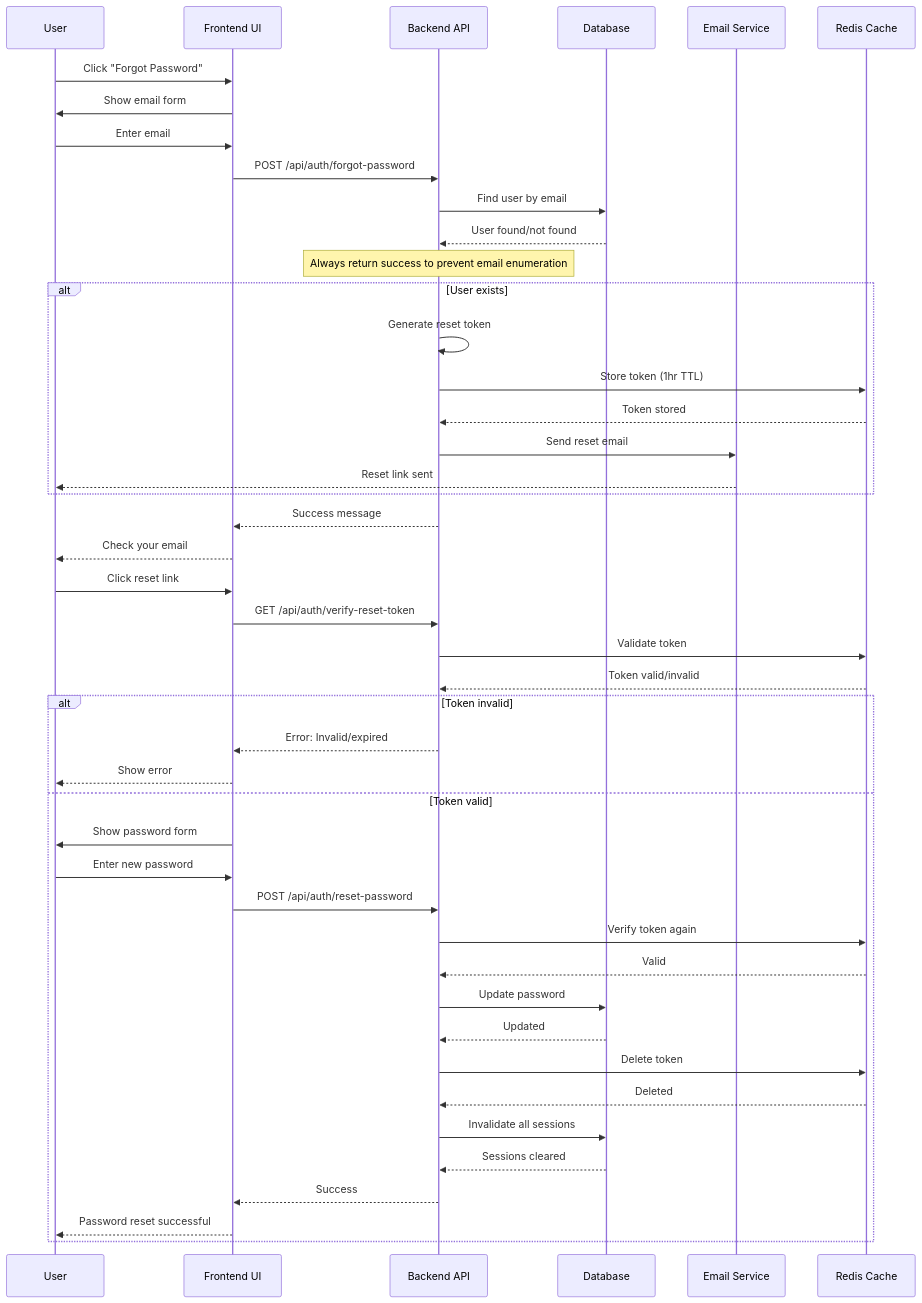
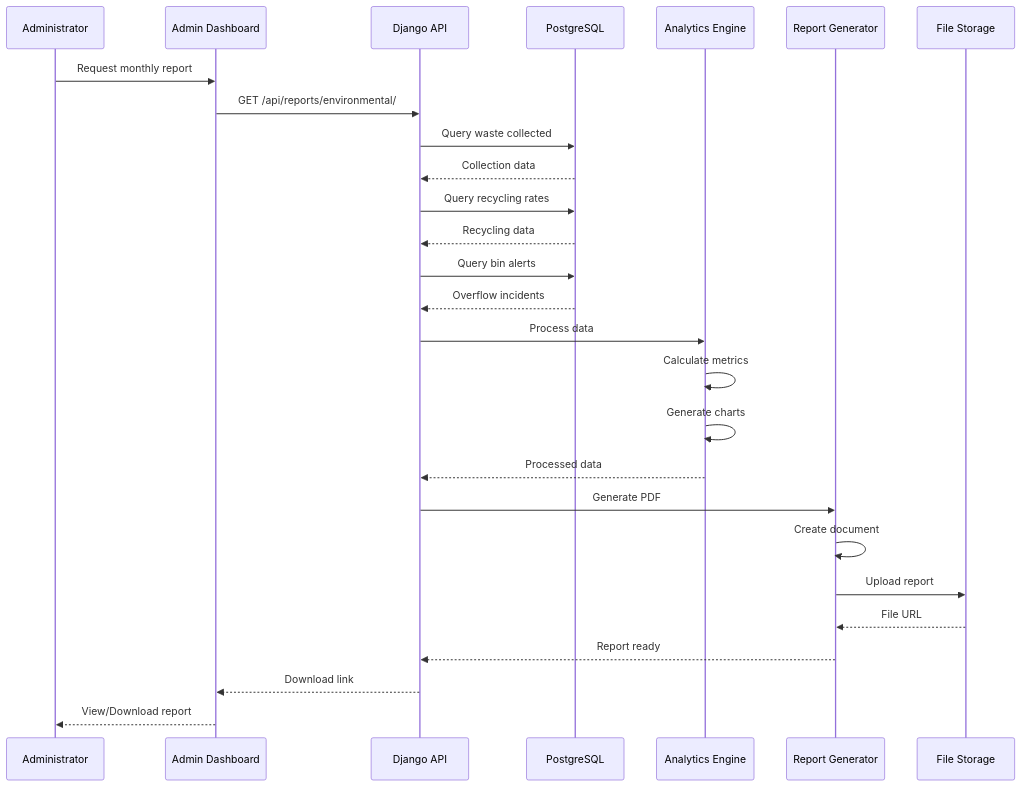
One commit to Ellis-Ayikwei/waste-wise changed the ninth of 10 diagrams in documentation/diagrams/sequence-diagrams.md. Above: the diagram before and after it, drawn with Mermaid. The commit also changed other lines of this file and 5 other files, not shown here.

Commit message:
Update architecture docs for Wasgo smart waste management system

````diff
--- a/documentation/diagrams/sequence-diagrams.md
+++ b/documentation/diagrams/sequence-diagrams.md
@@ -373,53 +327,36 @@
 ```mermaid
 sequenceDiagram
-    participant U as User
-    participant UI as Frontend UI
-    participant API as Backend API
-    participant DB as Database
-    participant Email as Email Service
-    participant Redis as Redis Cache
+    participant Admin as Administrator
+    participant UI as Admin Dashboard
+    participant API as Django API
+    participant DB as PostgreSQL
+    participant Analytics as Analytics Engine
+    participant Report as Report Generator
+    participant S3 as File Storage
 
-    U->>UI: Click "Forgot Password"
-    UI->>U: Show email form
-    U->>UI: Enter email
-    UI->>API: POST /api/auth/forgot-password
-    API->>DB: Find user by email
-    DB-->>API: User found/not found
+    Admin->>UI: Request monthly report
+    UI->>API: GET /api/reports/environmental/
     
-    Note over API: Always return success to prevent email enumeration
+    API->>DB: Query waste collected
+    DB-->>API: Collection data
     
-    alt User exists
-        API->>API: Generate reset token
-        API->>Redis: Store token (1hr TTL)
-        Redis-->>API: Token stored
-        API->>Email: Send reset email
-        Email-->>U: Reset link sent
-    end
+    API->>DB: Query recycling rates
+    DB-->>API: Recycling data
     
-    API-->>UI: Success message
-    UI-->>U: Check your email
+    API->>DB: Query bin alerts
+    DB-->>API: Overflow incidents
     
-    U->>UI: Click reset link
-    UI->>API: GET /api/auth/verify-reset-token
-    API->>Redis: Validate token
-    Redis-->>API: Token valid/invalid
+    API->>Analytics: Process data
+    Analytics->>Analytics: Calculate metrics
+    Analytics->>Analytics: Generate charts
+    Analytics-->>API: Processed data
     
-    alt Token invalid
-        API-->>UI: Error: Invalid/expired
-        UI-->>U: Show error
-    else Token valid
-        UI->>U: Show password form
-        U->>UI: Enter new password
-        UI->>API: POST /api/auth/reset-password
-        API->>Redis: Verify token again
-        Redis-->>API: Valid
-        API->>DB: Update password
-        DB-->>API: Updated
-        API->>Redis: Delete token
-        Redis-->>API: Deleted
-        API->>DB: Invalidate all sessions
-        DB-->>API: Sessions cleared
-        API-->>UI: Success
-        UI-->>U: Password reset successful
-    end
+    API->>Report: Generate PDF
+    Report->>Report: Create document
+    Report->>S3: Upload report
+    S3-->>Report: File URL
+    
+    Report-->>API: Report ready
+    API-->>UI: Download link
+    UI-->>Admin: View/Download report
 ```
````
